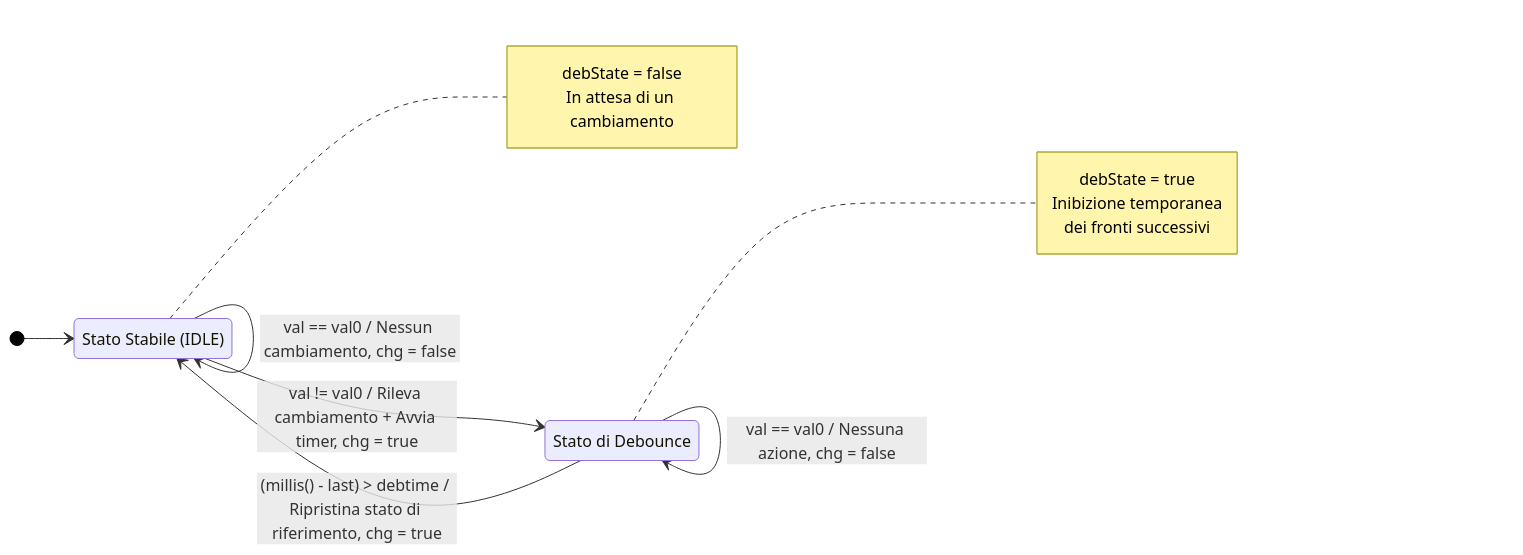
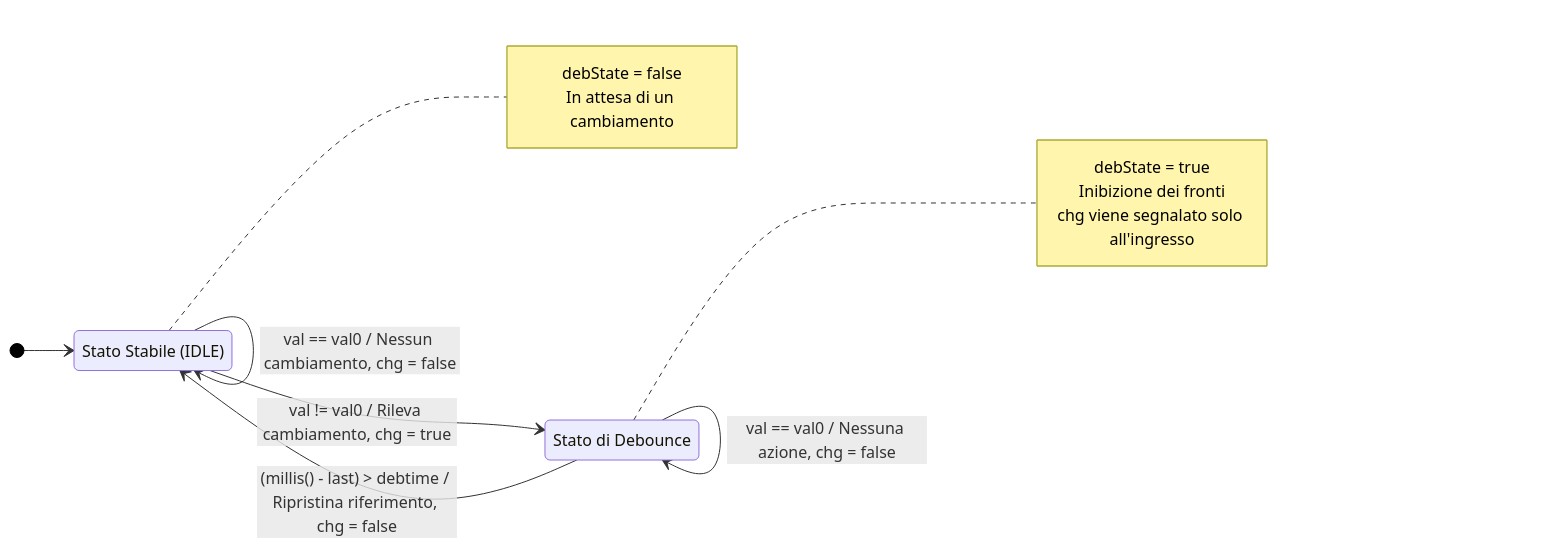
One commit to sebastianomelita/ArduinoBareMetal changed the diagram in debouncerFSM.md. Above: the diagram before and after it, drawn with Mermaid. The commit also changed other lines of this file, not shown here.

````diff
--- a/debouncerFSM.md
+++ b/debouncerFSM.md
@@ -107,28 +133,28 @@
 ```mermaid
 %%{init: {'theme': 'default', 'themeVariables': { 'primaryColor': '#ffffff', 'primaryTextColor': '#000000', 'primaryBorderColor': '#000000', 'lineColor': '#000000', 'secondaryColor': '#f4f4f4', 'tertiaryColor': '#ffffff' }}}%%
 stateDiagram-v2
     direction LR
     
     IDLE: Stato Stabile (IDLE)
     DEBOUNCE: Stato di Debounce
     
     note right of IDLE
         debState = false
         In attesa di un cambiamento
     end note
     
     note right of DEBOUNCE
         debState = true
-        Inibizione temporanea
-        dei fronti successivi
+        Inibizione dei fronti
+        chg viene segnalato solo all'ingresso
     end note
     
     [*] --> IDLE
     
     IDLE --> IDLE: val == val0 / Nessun cambiamento, chg = false
-    IDLE --> DEBOUNCE: val != val0 / Rileva cambiamento + Avvia timer, chg = true
+    IDLE --> DEBOUNCE: val != val0 / Rileva cambiamento, chg = true
     
     DEBOUNCE --> DEBOUNCE: val != val0 / Reset timer, chg = false
     DEBOUNCE --> DEBOUNCE: val == val0 / Nessuna azione, chg = false
-    DEBOUNCE --> IDLE: (millis() - last) > debtime / Ripristina stato di riferimento, chg = true
+    DEBOUNCE --> IDLE: (millis() - last) > debtime / Ripristina riferimento, chg = false
 ```
````
